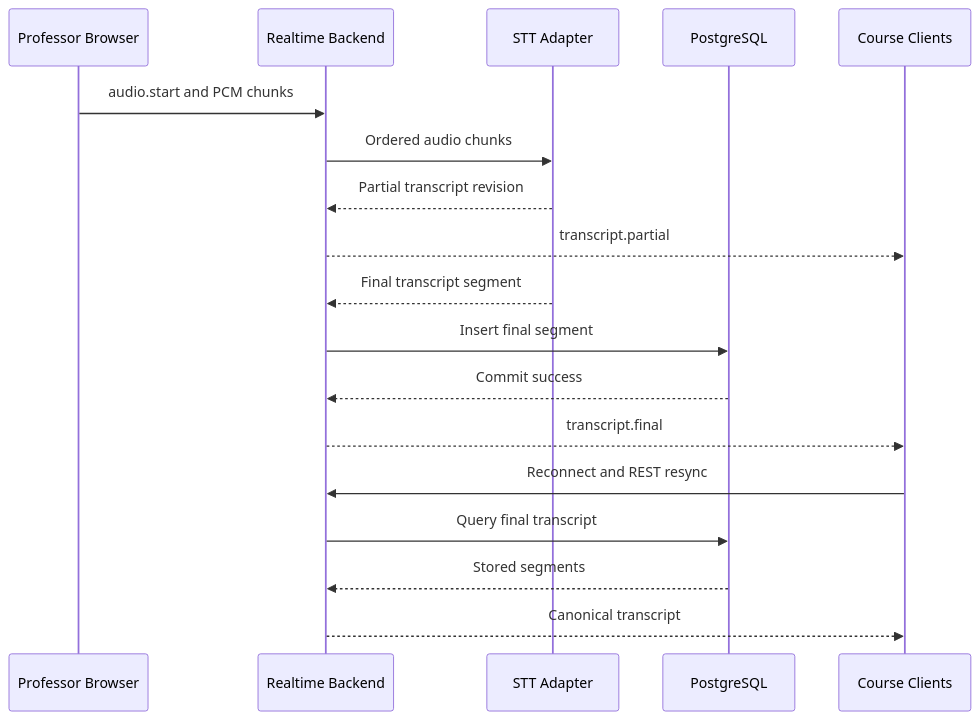
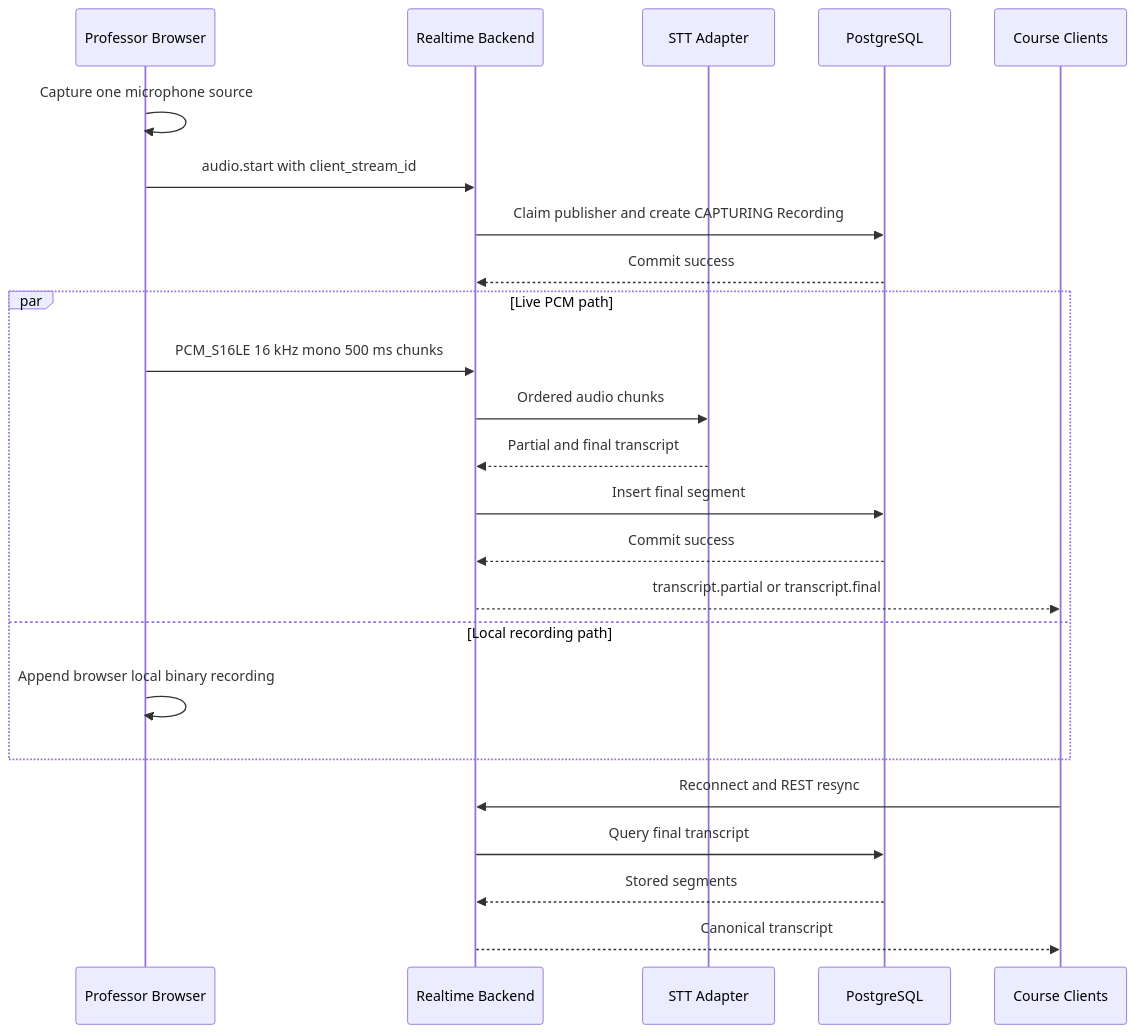
The third of 6 diagrams in docs/architecture/시스템구성도.md (madcamp-official/26s-w2-c2-08), drawn with Mermaid before and after one commit. The commit also changed other lines of this file and 1 other file, not shown here.

````diff
--- a/docs/architecture/시스템구성도.md
+++ b/docs/architecture/시스템구성도.md
@@ -204,21 +221,27 @@
 ```mermaid
 sequenceDiagram
     participant professor as Professor Browser
     participant realtime as Realtime Backend
     participant stt as STT Adapter
     participant database as PostgreSQL
     participant members as Course Clients
 
-    professor->>realtime: audio.start and PCM chunks
-    realtime->>stt: Ordered audio chunks
-    stt-->>realtime: Partial transcript revision
-    realtime-->>members: transcript.partial
-    stt-->>realtime: Final transcript segment
-    realtime->>database: Insert final segment
+    professor->>professor: Capture one microphone source
+    professor->>realtime: audio.start with client_stream_id
+    realtime->>database: Claim publisher and create CAPTURING Recording
     database-->>realtime: Commit success
-    realtime-->>members: transcript.final
+    par Live PCM path
+        professor->>realtime: PCM_S16LE 16 kHz mono 500 ms chunks
+        realtime->>stt: Ordered audio chunks
+        stt-->>realtime: Partial and final transcript
+        realtime->>database: Insert final segment
+        database-->>realtime: Commit success
+        realtime-->>members: transcript.partial or transcript.final
+    and Local recording path
+        professor->>professor: Append browser local binary recording
+    end
     members->>realtime: Reconnect and REST resync
     realtime->>database: Query final transcript
     database-->>realtime: Stored segments
     realtime-->>members: Canonical transcript
 ```
````
